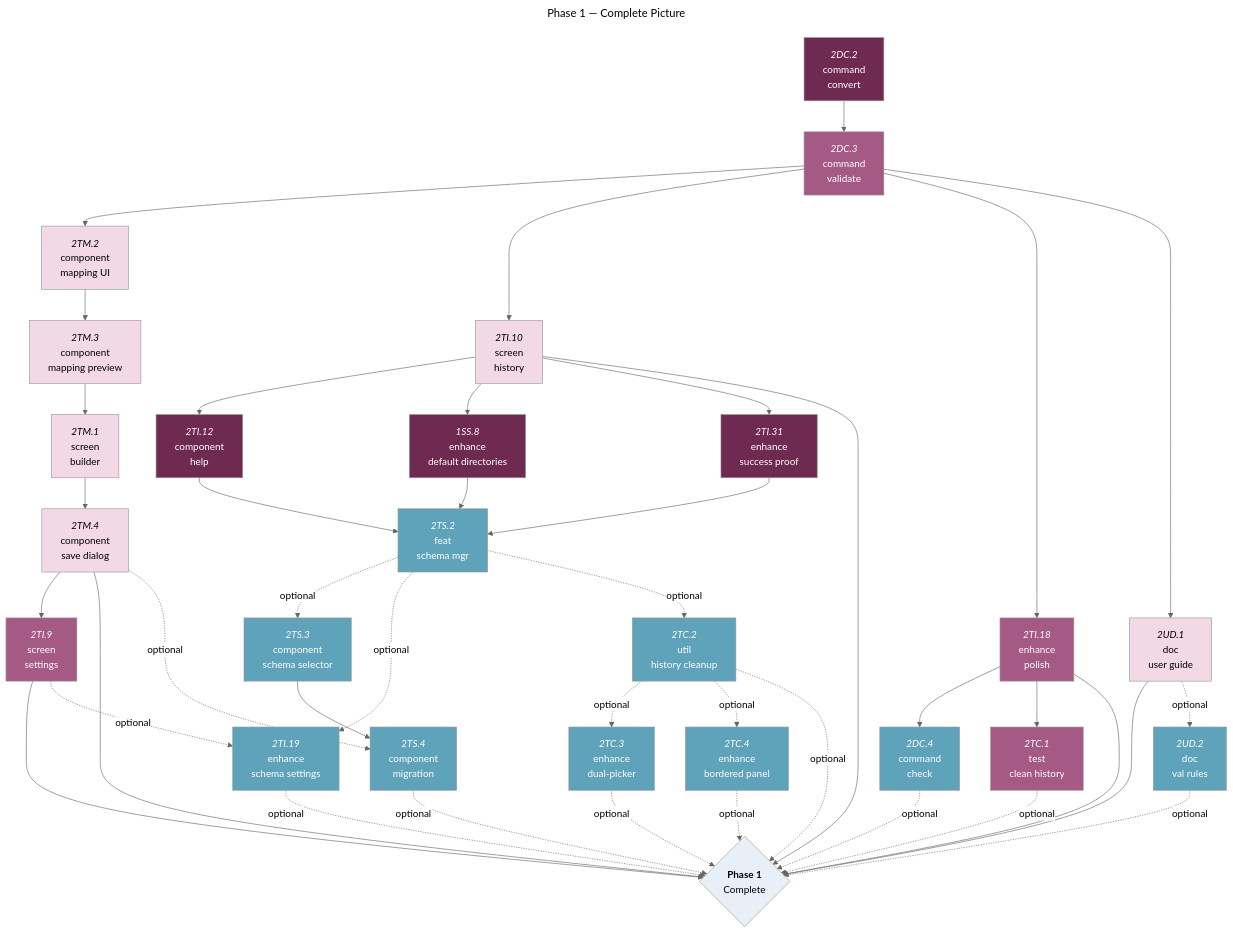
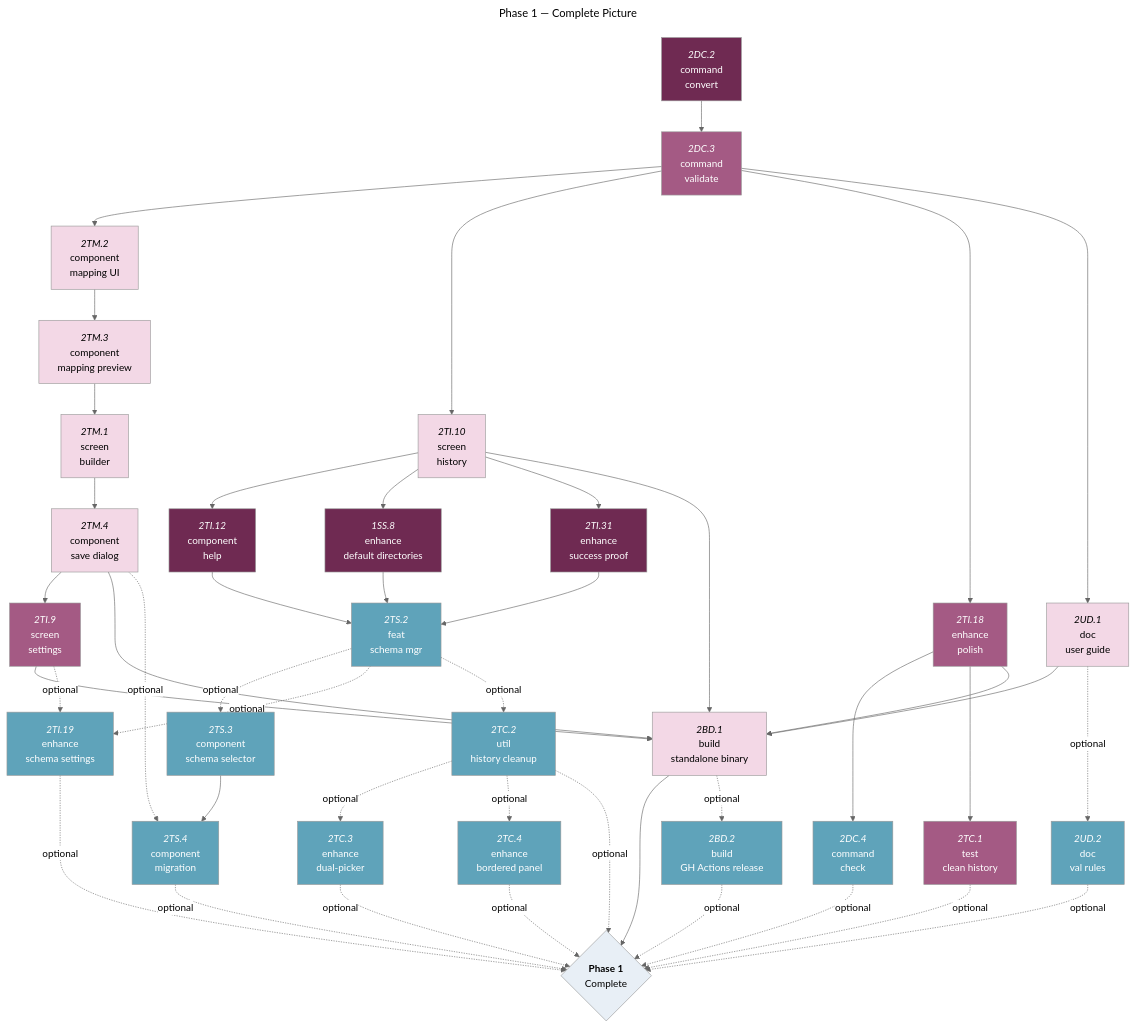
One commit to foundersandcoders/iris changed the fourth of 4 diagrams in docs/roadmaps/phase-1-mvp-features.md. Above: the diagram before and after it, drawn with Mermaid (neutral theme). The commit also changed other lines of this file, not shown here.

Commit message:
docs: add build and compile to roadmap

````diff
--- a/docs/roadmaps/phase-1-mvp-features.md
+++ b/docs/roadmaps/phase-1-mvp-features.md
@@ -315,71 +323,78 @@
 ```mermaid
 ---
 title: Phase 1 — Complete Picture
 ---
 graph TD
 
 %% M2A Tasks (optional enhancements) %%
 2TI.12["`*2TI.12*<br/>component<br/>help`"]:::should-open
 1SS.8["`*1SS.8*<br/>enhance<br/>default directories`"]:::should-open
 2TI.31["`*2TI.31*<br/>enhance<br/>success proof`"]:::should-open
 
 %% M2B Tasks %%
 2DC.2["`*2DC.2*<br/>command<br/>convert`"]:::should-open
 2DC.3["`*2DC.3*<br/>command<br/>validate`"]:::should-blocked
 2DC.4["`*2DC.4*<br/>command<br/>check`"]:::could-blocked
 
 %% M2C Tasks %%
 2TM.2["`*2TM.2*<br/>component<br/>mapping UI`"]:::must-blocked
 2TM.3["`*2TM.3*<br/>component<br/>mapping preview`"]:::must-blocked
 2TM.1["`*2TM.1*<br/>screen<br/>builder`"]:::must-blocked
 2TM.4["`*2TM.4*<br/>component<br/>save dialog`"]:::must-blocked
 2TI.9["`*2TI.9*<br/>screen<br/>settings`"]:::should-blocked
 2TS.2["`*2TS.2*<br/>feat<br/>schema mgr`"]:::could-blocked
 2TS.3["`*2TS.3*<br/>component<br/>schema selector`"]:::could-blocked
 2TS.4["`*2TS.4*<br/>component</br>migration`"]:::could-blocked
 2TI.19["`*2TI.19*<br/>enhance<br/>schema settings`"]:::could-blocked
 2TI.10["`*2TI.10*<br/>screen<br/>history`"]:::must-blocked
 2TI.18["`*2TI.18*<br/>enhance<br/>polish`"]:::should-blocked
 2TC.1["`*2TC.1*<br/>test<br/>clean history`"]:::should-blocked
 2UD.1["`*2UD.1*<br/>doc<br/>user guide`"]:::must-blocked
 2UD.2["`*2UD.2*<br/>doc<br/>val rules`"]:::could-blocked
 2TC.2["`*2TC.2*<br/>util<br/>history cleanup`"]:::could-blocked
 2TC.3["`*2TC.3*<br/>enhance<br/>dual-picker`"]:::could-blocked
 2TC.4["`*2TC.4*<br/>enhance<br/>bordered panel`"]:::could-blocked
 
+%% Build & Distribution %%
+2BD.1["`*2BD.1*<br/>build<br/>standalone binary`"]:::must-blocked
+2BD.2["`*2BD.2*<br/>build<br/>GH Actions release`"]:::could-blocked
+
 %% Milestone nodes %%
 phase1{"`**Phase 1**<br/>Complete`"}:::mile
 
 %% M2A Dependencies %%
 
 %% M2B Dependencies %%
 2DC.2 --> 2DC.3
 2DC.3 --> 2TM.2 & 2TI.10 & 2TI.18 & 2UD.1
 
 %% M2C Dependencies %%
 2TM.2 --> 2TM.3
 2TM.3 --> 2TM.1
 2TM.1 --> 2TM.4
 2TM.4 --> 2TI.9
 2TI.10 --> 2TI.12 & 1SS.8 & 2TI.31
 2TI.12 & 1SS.8 & 2TI.31 --> 2TS.2
 2TI.18 --> 2DC.4 & 2TC.1
 2TS.3 --> 2TS.4
-2TI.9 & 2TI.10 & 2TI.18 & 2UD.1 & 2TM.4 --> phase1
+2TI.9 & 2TI.10 & 2TI.18 & 2UD.1 & 2TM.4 --> 2BD.1
+2BD.1 --> phase1
 
 %% OPTIONAL %%
+2BD.1 -.->|optional| 2BD.2
+2BD.2 -.->|optional| phase1
 2UD.1 -.->|optional| 2UD.2
 2TI.9 -.->|optional| 2TI.19
 2TM.4 -.->|optional| 2TS.4
 2TS.2 -.->|optional| 2TS.3 & 2TI.19 & 2TC.2
 2TC.2 -.->|optional| 2TC.3 & 2TC.4
 2DC.4 & 2TI.19 & 2TS.4 & 2UD.2 & 2TC.1 & 2TC.2 & 2TC.3 & 2TC.4 -.->|optional| phase1
 
 classDef must-open fill:#D6A3BF,color:#000;
 classDef must-blocked fill:#F3D8E6,color:#000;
 classDef should-open fill:#6F2A52,color:#fff;
 classDef should-blocked fill:#A45A84,color:#fff;
 classDef could-open fill:#3E7F96,color:#fff;
 classDef could-blocked fill:#5FA3BA,color:#fff;
 classDef mile fill:#E8EFF6,color:#000;
 ```
````
